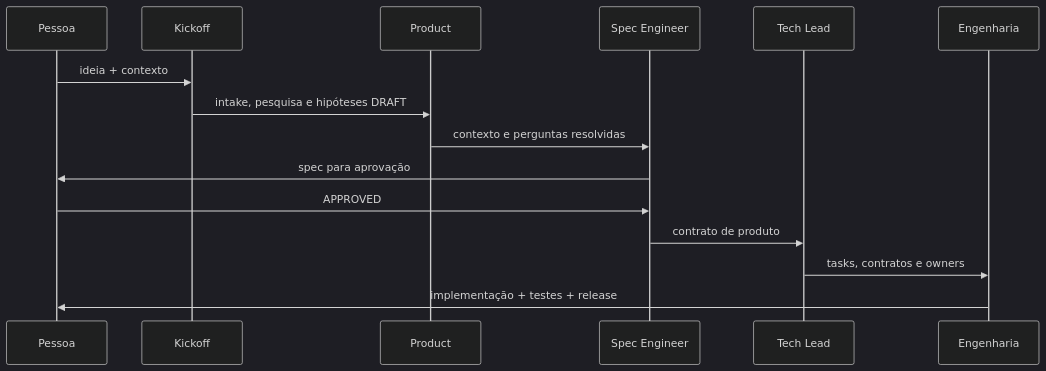
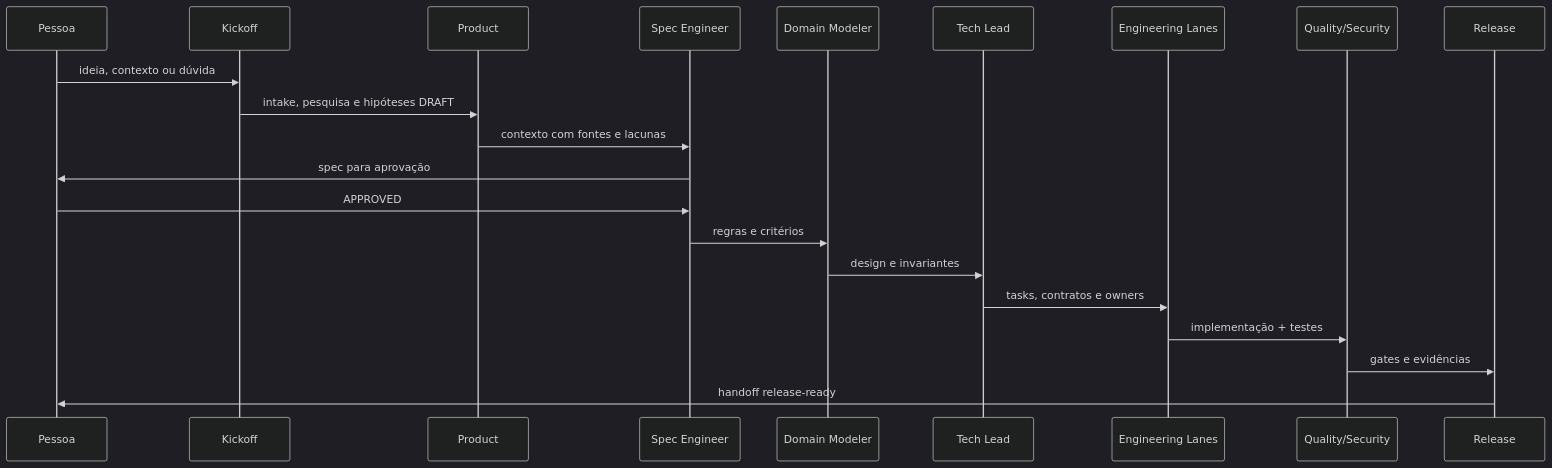
Before and after one commit to henilveira/axiom-forge: the second of 2 diagrams in README.md, drawn with Mermaid (dark theme). The commit also changed other lines of this file and 17 other files, not shown here.

````diff
--- a/README.md
+++ b/README.md
@@ -406,17 +723,23 @@
 ```mermaid
 sequenceDiagram
-  participant U as Pessoa
+  participant Human as Pessoa
   participant K as Kickoff
   participant P as Product
   participant S as Spec Engineer
+  participant D as Domain Modeler
   participant T as Tech Lead
-  participant E as Engenharia
-  U->>K: ideia + contexto
+  participant L as Engineering Lanes
+  participant Q as Quality/Security
+  participant R as Release
+  Human->>K: ideia, contexto ou dúvida
   K->>P: intake, pesquisa e hipóteses DRAFT
-  P->>S: contexto e perguntas resolvidas
-  S->>U: spec para aprovação
-  U->>S: APPROVED
-  S->>T: contrato de produto
-  T->>E: tasks, contratos e owners
-  E->>U: implementação + testes + release
+  P->>S: contexto com fontes e lacunas
+  S->>Human: spec para aprovação
+  Human->>S: APPROVED
+  S->>D: regras e critérios
+  D->>T: design e invariantes
+  T->>L: tasks, contratos e owners
+  L->>Q: implementação + testes
+  Q->>R: gates e evidências
+  R->>Human: handoff release-ready
 ```
````
